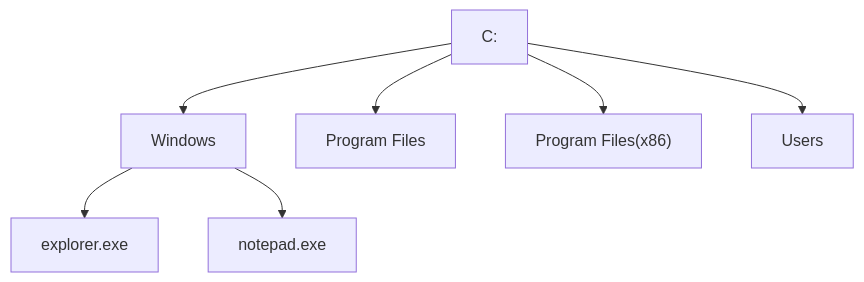
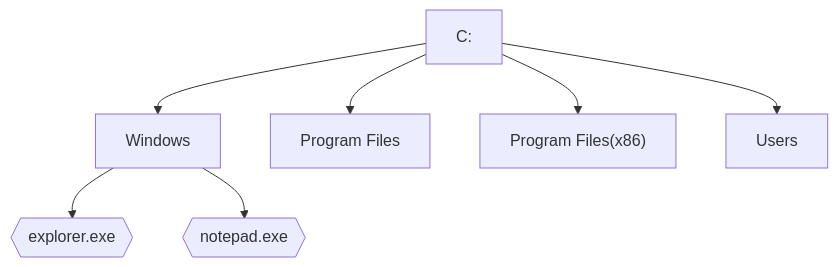
Before and after one commit to fab-perez/NSI-1: the diagram in docs/donnees-en-tables/1-lecture-ecriture-dans-un-fichier.md, drawn with Mermaid. The commit also changed other lines of this file, not shown here.

````diff
--- a/docs/donnees-en-tables/1-lecture-ecriture-dans-un-fichier.md
+++ b/docs/donnees-en-tables/1-lecture-ecriture-dans-un-fichier.md
@@ -18,9 +14,9 @@
 ``` mermaid
 graph TD
 A[C:] --> B;
 A --> C[Program Files];
-B[Windows] -->  D[explorer.exe];
-B--> E[notepad.exe];
+B[Windows] --> D{{explorer.exe}};
+B --> E{{notepad.exe}};
 A --> F["Program Files(x86)"];
 A --> G[Users];
 ```
````
